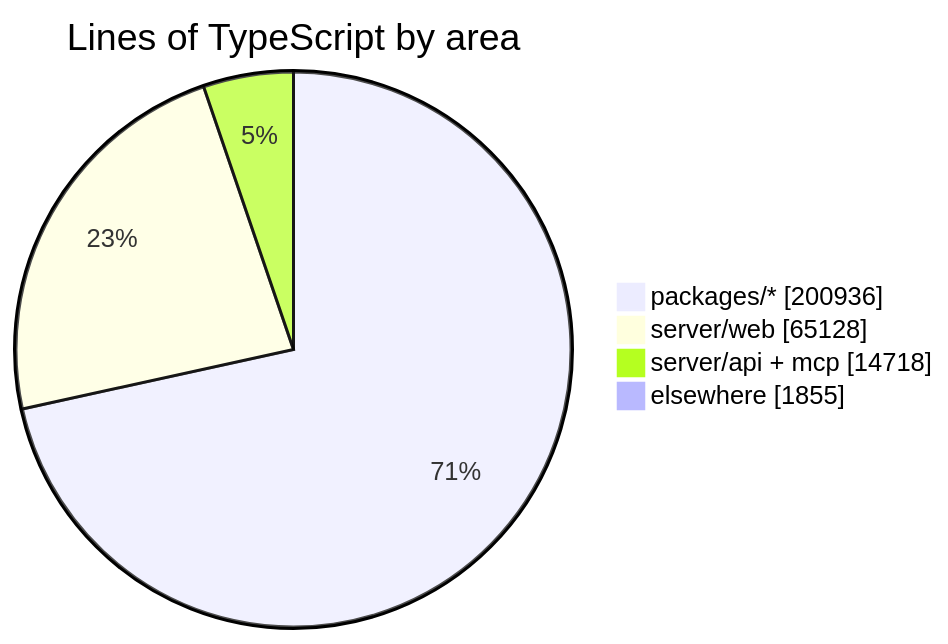
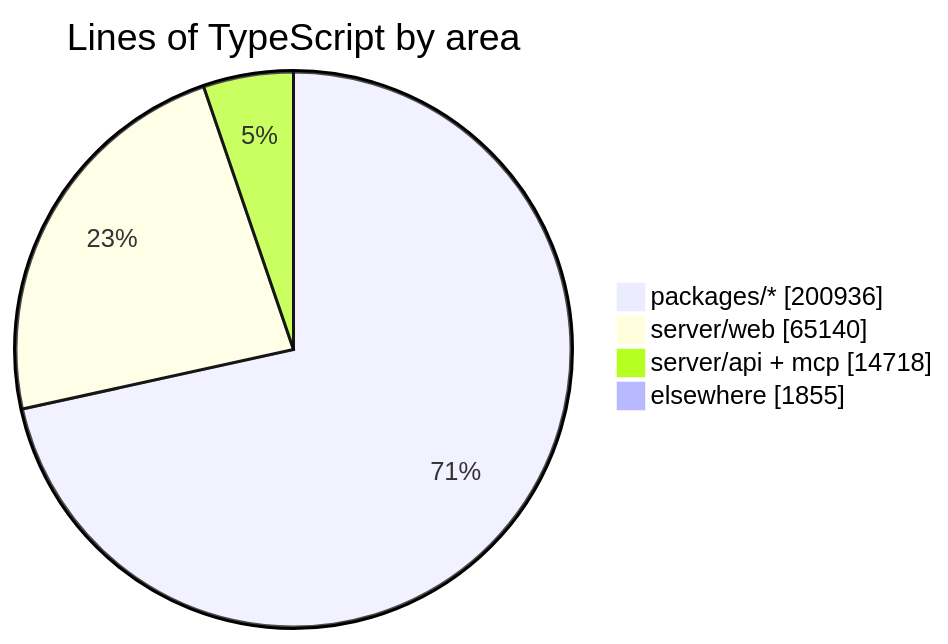
One commit to crossworks-engineering/mantle changed the diagram in README.md. Above: the diagram before and after it, drawn with Mermaid. The commit also changed other lines of this file and 2 other files, not shown here.

````diff
--- a/README.md
+++ b/README.md
@@ -287,7 +287,7 @@
 ```mermaid
 pie showData title Lines of TypeScript by area
     "packages/*" : 200936
-    "server/web" : 65128
+    "server/web" : 65140
     "server/api + mcp" : 14718
     "elsewhere" : 1855
 ```
````
